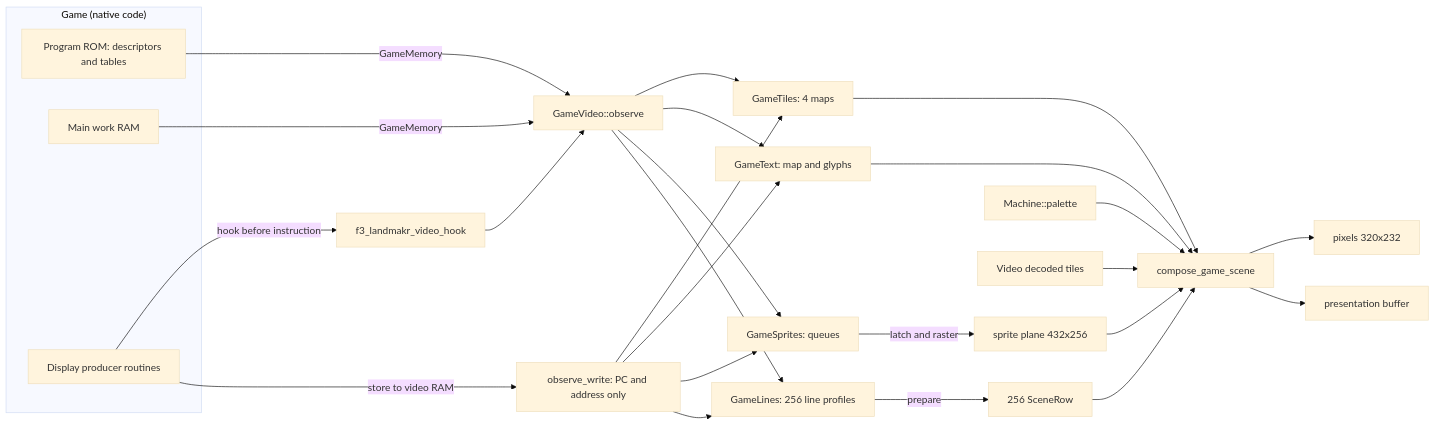
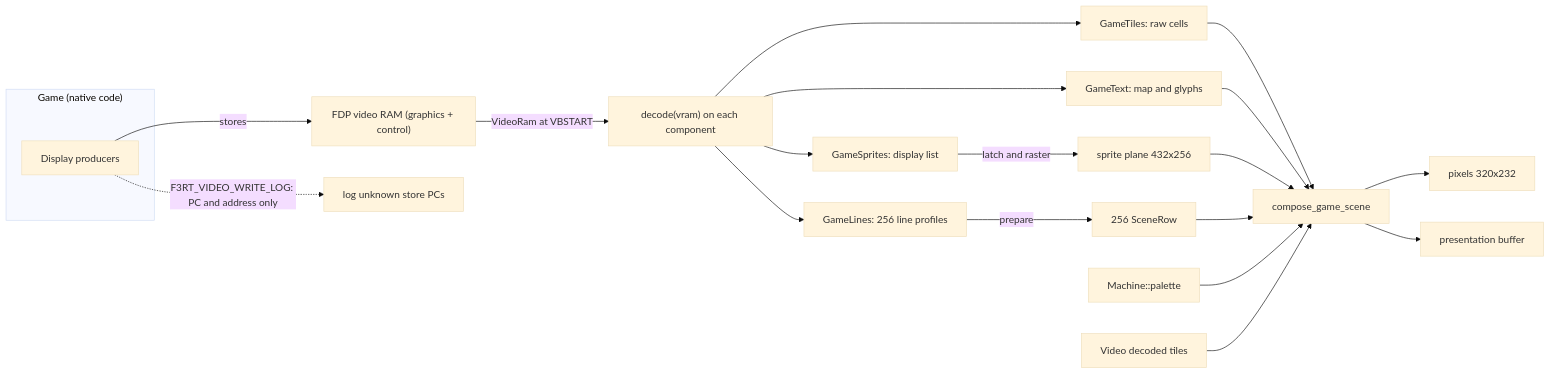
One commit to ansxor/f3-recomp changed the second of 4 diagrams in docs/site/developer/runtime/video/game-hle.md. Above: the diagram before and after it, drawn with Mermaid (base theme). The commit also changed other lines of this file and 73 other files, not shown here.

Commit message:
Rework game video HLE: generic/log/decode modules, scene/sprite/tile/text/line updates, docs refresh

````diff
--- a/docs/site/developer/runtime/video/game-hle.md
+++ b/docs/site/developer/runtime/video/game-hle.md
@@ -66,31 +85,23 @@
 ```mermaid
 flowchart LR
     subgraph guest["Game (native code)"]
-        ROM["Program ROM: descriptors and tables"]
-        WRAM["Main work RAM"]
-        PROD["Display producer routines"]
+        PROD["Display producers"]
     end
-    PROD -->|"hook before instruction"| HOOK["f3_landmakr_video_hook"]
-    HOOK --> OBS["GameVideo::observe"]
-    ROM -->|"GameMemory"| OBS
-    WRAM -->|"GameMemory"| OBS
-    OBS --> T["GameTiles: 4 maps"]
+    PROD -->|"stores"| VRAM["FDP video RAM (graphics + control)"]
+    VRAM -->|"VideoRam at VBSTART"| OBS["decode(vram) on each component"]
+    OBS --> T["GameTiles: raw cells"]
     OBS --> X["GameText: map and glyphs"]
-    OBS --> S["GameSprites: queues"]
+    OBS --> S["GameSprites: display list"]
     OBS --> L["GameLines: 256 line profiles"]
-    PROD -->|"store to video RAM"| GUARD["observe_write: PC and address only"]
-    GUARD --> T
-    GUARD --> X
-    GUARD --> S
-    GUARD --> L
+    PROD -.->|"F3RT_VIDEO_WRITE_LOG: PC and address only"| GUARD["log unknown store PCs"]
     S -->|"latch and raster"| SP["sprite plane 432x256"]
     L -->|"prepare"| ROWS["256 SceneRow"]
     T --> C["compose_game_scene"]
     X --> C
     SP --> C
     ROWS --> C
     PAL["Machine::palette"] --> C
     TILES["Video decoded tiles"] --> C
     C --> PIX["pixels 320x232"]
     C --> PRES["presentation buffer"]
 ```
````
